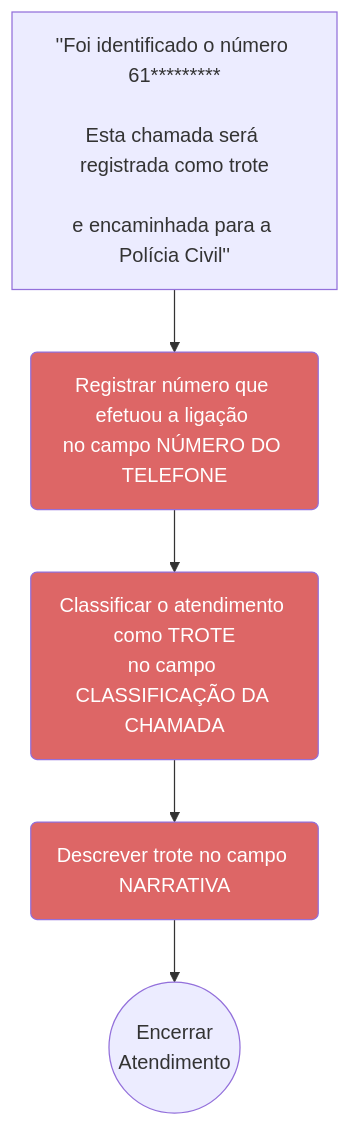
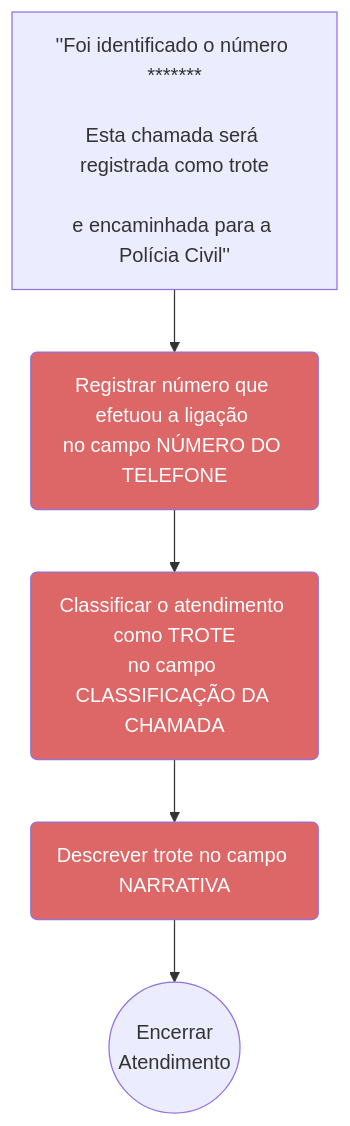
One commit to winstein27/protocolo-193 changed the third of 5 diagrams in docs/index.mdx. Above: the diagram before and after it, drawn with Mermaid. The commit also changed 2 other files, not shown here.

Commit message:
OVACE finalizado

````diff
--- a/docs/index.mdx
+++ b/docs/index.mdx
@@ -67,11 +67,11 @@
 ```mermaid
 graph TD
-    B["''Foi identificado o número 61*********\n\nEsta chamada será registrada como trote\n\ne encaminhada para a Polícia Civil''"]
+    B["''Foi identificado o número *******\n\nEsta chamada será registrada como trote\n\ne encaminhada para a Polícia Civil''"]
     B --> C(Registrar número que efetuou a ligação \nno campo NÚMERO DO TELEFONE):::atendente
     C --> D(Classificar o atendimento como TROTE\nno campo CLASSIFICAÇÃO DA CHAMADA):::atendente
     D --> E(Descrever trote no campo NARRATIVA):::atendente
     E --> F((Encerrar\nAtendimento))
 
     classDef atendente fill:#d66, color:#fff
     classDef link fill:#33d, color:#fff
 ``` 
````
